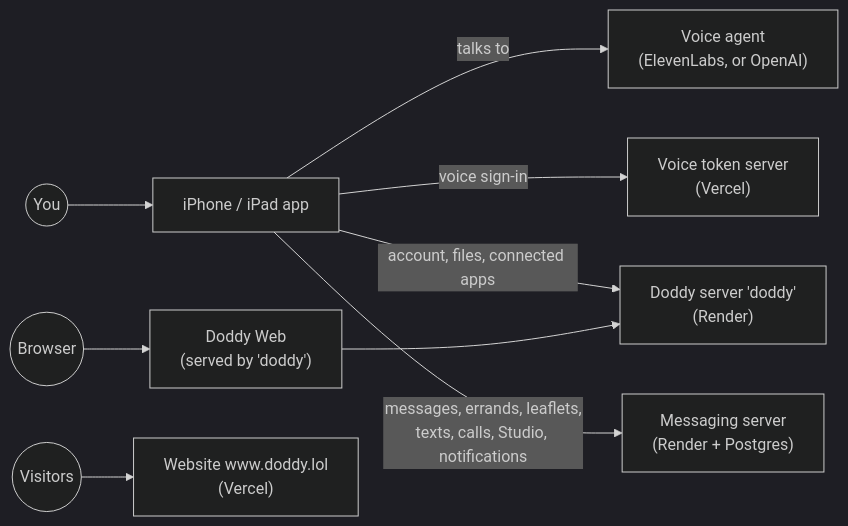
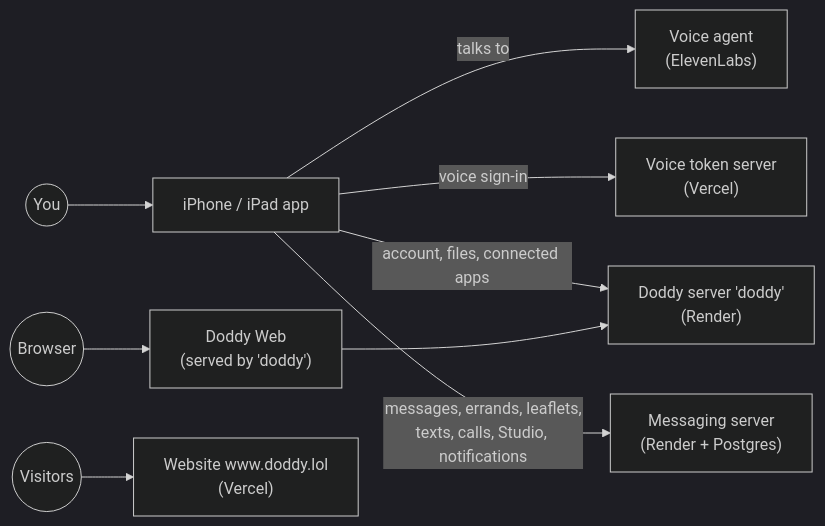
One commit to Bienos/doddy.2 changed the diagram in README.md. Above: the diagram before and after it, drawn with Mermaid (dark theme). The commit also changed other lines of this file and 81 other files, not shown here.

````diff
--- a/README.md
+++ b/README.md
@@ -41,10 +41,10 @@
 ```mermaid
 flowchart LR
     you((You)) --> app["iPhone / iPad app"]
-    app -- "talks to" --> voice["Voice agent<br/>(ElevenLabs, or OpenAI)"]
+    app -- "talks to" --> voice["Voice agent<br/>(ElevenLabs)"]
     app -- "voice sign-in" --> token["Voice token server<br/>(Vercel)"]
     app -- "account, files, connected apps" --> backend["Doddy server 'doddy'<br/>(Render)"]
     app -- "messages, errands, leaflets,<br/>texts, calls, Studio, notifications" --> messaging["Messaging server<br/>(Render + Postgres)"]
     browser((Browser)) --> web["Doddy Web<br/>(served by 'doddy')"] --> backend
     visitors((Visitors)) --> site["Website www.doddy.lol<br/>(Vercel)"]
 ```
````
